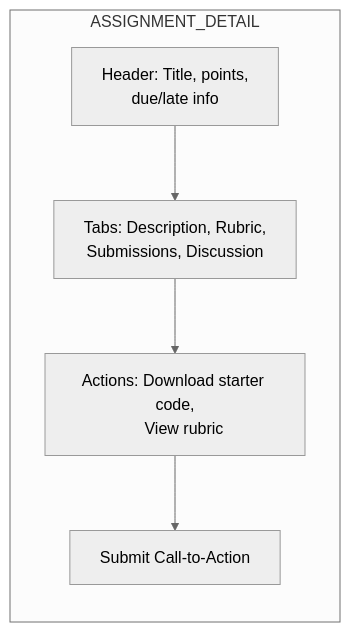
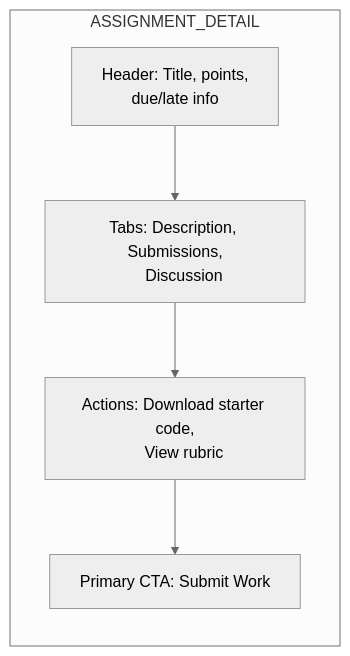
Before and after one commit to bzlatin/f25-cisc474-individual: the third of 5 diagrams in apps/docs/public/wireframes.md, drawn with Mermaid (neutral theme). The commit also changed other lines of this file and 4 other files, not shown here.

````diff
--- a/apps/docs/public/wireframes.md
+++ b/apps/docs/public/wireframes.md
@@ -45,15 +43,15 @@
 ```mermaid
 flowchart LR
   subgraph ASSIGNMENT_DETAIL
     A[Header: Title, points,
     due/late info]
-    B[Tabs: Description, Rubric,
-    Submissions, Discussion]
+    B[Tabs: Description, Submissions,
+    Discussion]
     C[Actions: Download starter code,
     View rubric]
-    D[Submit Call-to-Action]
+    D[Primary CTA: Submit Work]
   end
   A --> B
   B --> C
   C --> D
 ```
````
